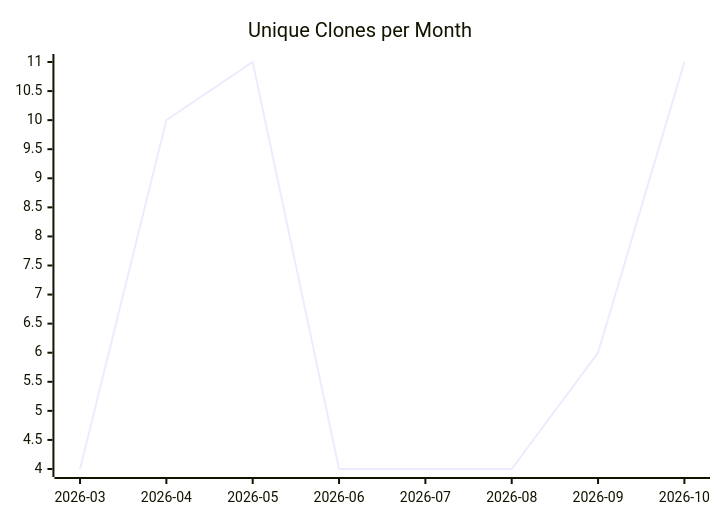
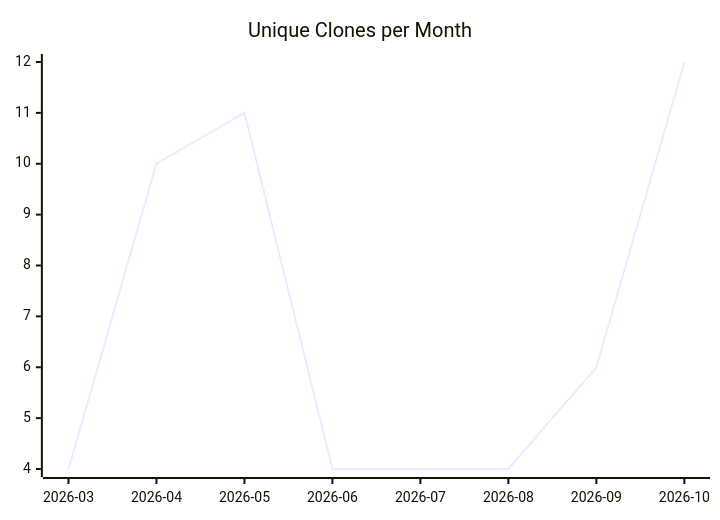
One commit to justdavis-family/github-analytics-data changed the third of 3 diagrams in karlmdavis/workstation-base-ansible-role/README.md. Above: the diagram before and after it, drawn with Mermaid. The commit also changed other lines of this file and 198 other files, not shown here.

````diff
--- a/karlmdavis/workstation-base-ansible-role/README.md
+++ b/karlmdavis/workstation-base-ansible-role/README.md
@@ -19,6 +19,6 @@
 ```mermaid
 xychart-beta
   title "Unique Clones per Month"
   x-axis ["2026-03", "2026-04", "2026-05", "2026-06", "2026-07", "2026-08", "2026-09", "2026-10"]
-  line [4, 10, 11, 4, 4, 4, 6, 11]
+  line [4, 10, 11, 4, 4, 4, 6, 12]
 ```
````
